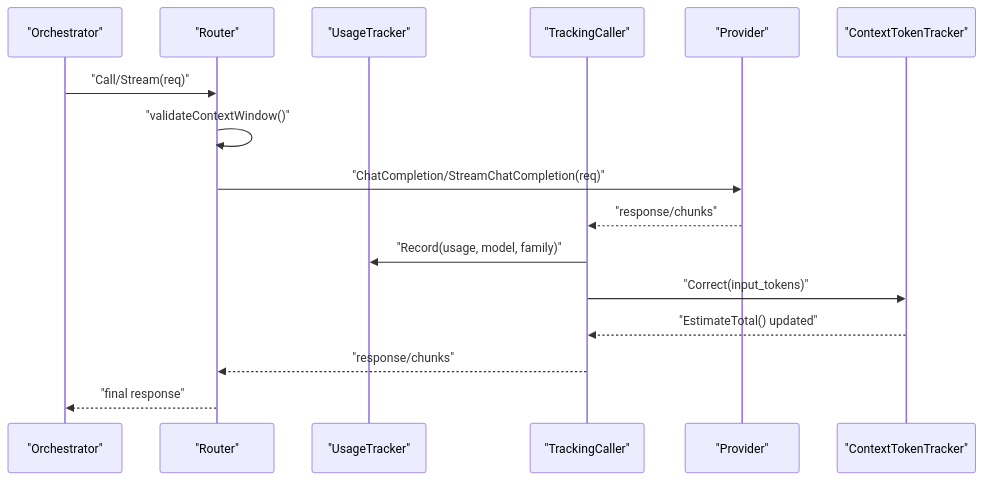
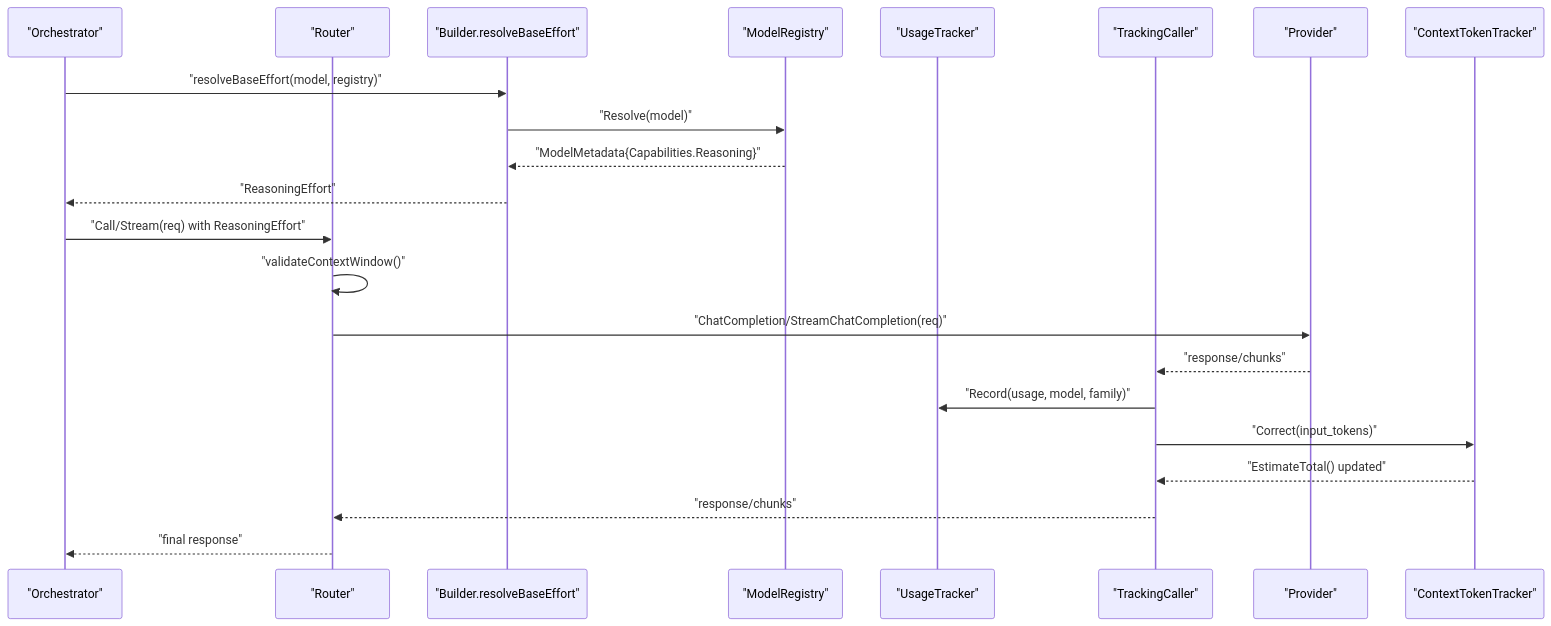
One commit to v0lka/c0wrk changed the second of 12 diagrams in .qoder/repowiki/en/content/LLM Provider Integration/Utility Functions and Helpers.md. Above: the diagram before and after it, drawn with Mermaid. The commit also changed other lines of this file and 25 other files, not shown here.

````diff
--- a/.qoder/repowiki/en/content/LLM Provider Integration/Utility Functions and Helpers.md
+++ b/.qoder/repowiki/en/content/LLM Provider Integration/Utility Functions and Helpers.md
@@ -157,18 +176,24 @@
 ```mermaid
 sequenceDiagram
 participant Orchestrator as "Orchestrator"
 participant Router as "Router"
+participant Builder as "Builder.resolveBaseEffort"
+participant Registry as "ModelRegistry"
 participant Tracker as "UsageTracker"
 participant Caller as "TrackingCaller"
 participant Provider as "Provider"
 participant Counter as "ContextTokenTracker"
-Orchestrator->>Router : "Call/Stream(req)"
+Orchestrator->>Builder : "resolveBaseEffort(model, registry)"
+Builder->>Registry : "Resolve(model)"
+Registry-->>Builder : "ModelMetadata{Capabilities.Reasoning}"
+Builder-->>Orchestrator : "ReasoningEffort"
+Orchestrator->>Router : "Call/Stream(req) with ReasoningEffort"
 Router->>Router : "validateContextWindow()"
 Router->>Provider : "ChatCompletion/StreamChatCompletion(req)"
 Provider-->>Caller : "response/chunks"
 Caller->>Tracker : "Record(usage, model, family)"
 Caller->>Counter : "Correct(input_tokens)"
 Counter-->>Caller : "EstimateTotal() updated"
 Caller-->>Router : "response/chunks"
 Router-->>Orchestrator : "final response"
 ```
````
